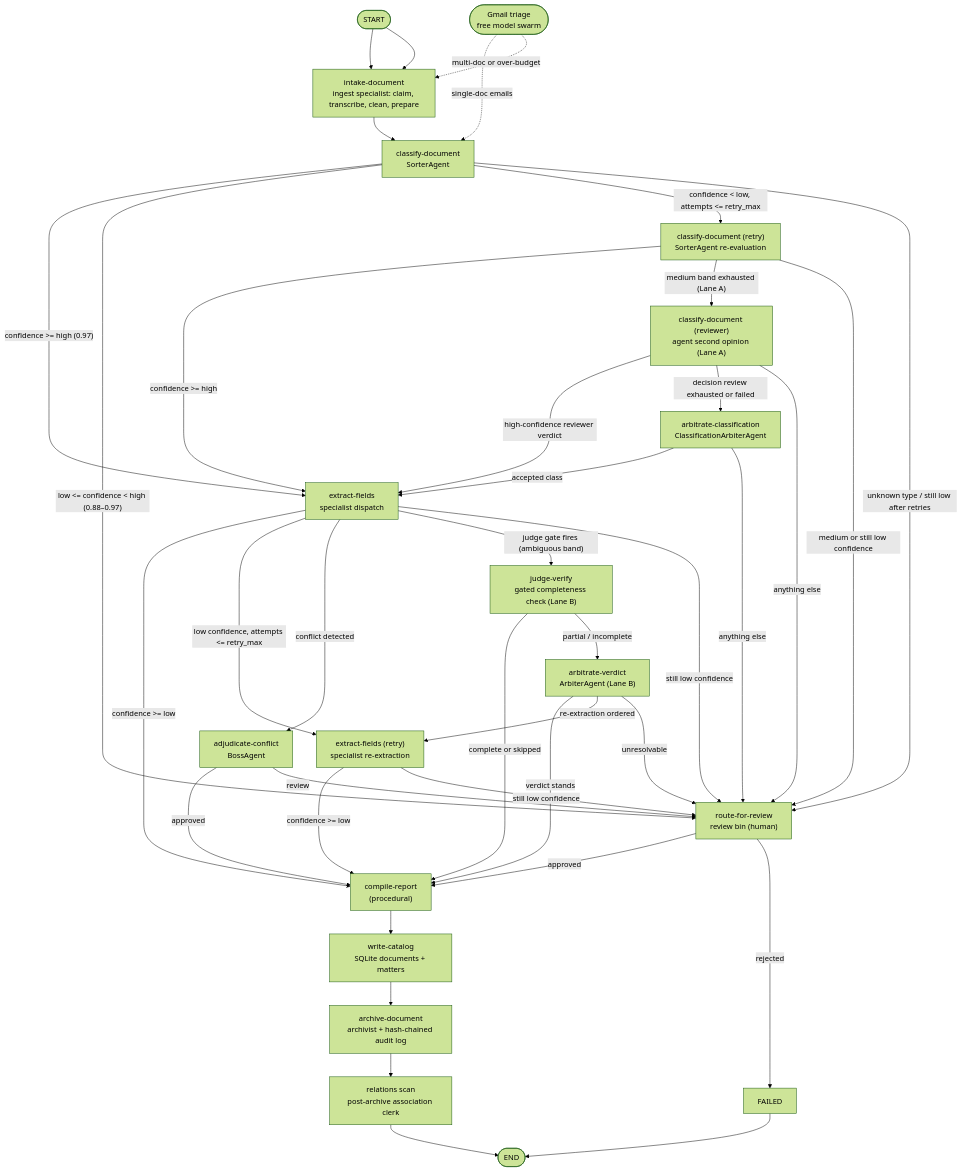
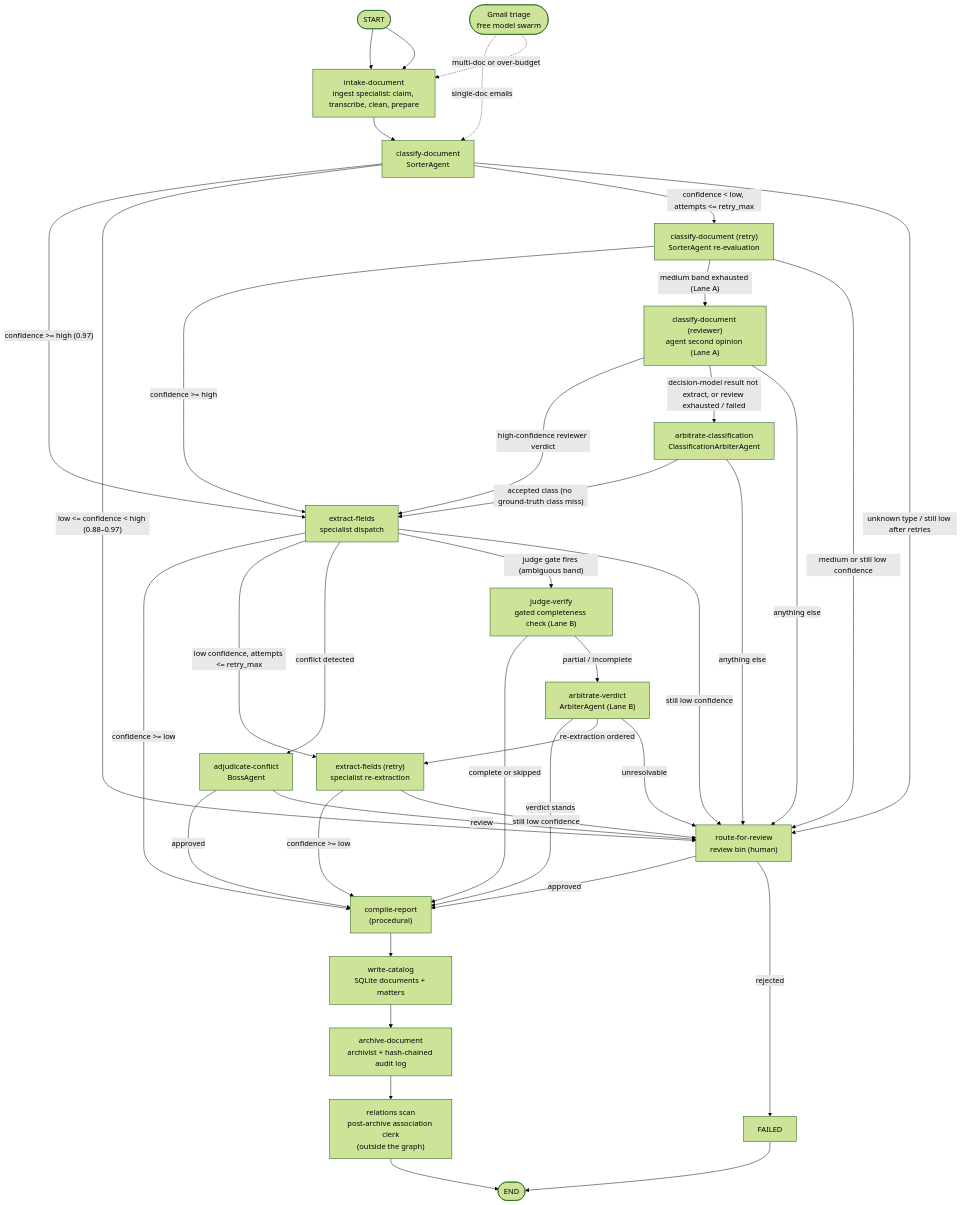
Before and after one commit to Exios66/llm-mailroom: the first of 2 diagrams in README.md, drawn with Mermaid (forest theme). The commit also changed other lines of this file and 17 other files, not shown here.

First line of the commit message:
Address CodeRabbit and CodeAnt review comments on the graph-nodes and throughput PR

````diff
--- a/README.md
+++ b/README.md
@@ -285,61 +285,61 @@
 ```mermaid
 flowchart TD
     START([START]) --> INTAKE
 
     INTAKE["intake-document<br/>ingest specialist: claim, transcribe, clean, prepare"]
     CLASSIFY["classify-document<br/>SorterAgent"]
     RETRY_CLASS["classify-document (retry)<br/>SorterAgent re-evaluation"]
     REVIEW_CLASS["classify-document (reviewer)<br/>agent second opinion (Lane A)"]
     CLASS_ARBITER["arbitrate-classification<br/>ClassificationArbiterAgent"]
     EXTRACT["extract-fields<br/>specialist dispatch"]
     RETRY_EXTRACT["extract-fields (retry)<br/>specialist re-extraction"]
     JUDGE["judge-verify<br/>gated completeness check (Lane B)"]
     ARBITER["arbitrate-verdict<br/>ArbiterAgent (Lane B)"]
     BOSS["adjudicate-conflict<br/>BossAgent"]
     REVIEW["route-for-review<br/>review bin (human)"]
     REPORT["compile-report<br/>(procedural)"]
     CATALOG["write-catalog<br/>SQLite documents + matters"]
     ARCHIVE["archive-document<br/>archivist + hash-chained audit log"]
-    RELATIONS["relations scan<br/>post-archive association clerk"]
+    RELATIONS["relations scan<br/>post-archive association clerk<br/>(outside the graph)"]
     FAILED["FAILED"]
     ENDX([END])
 
     START --> INTAKE
     INTAKE --> CLASSIFY
 
     CLASSIFY -- "confidence >= high (0.97)" --> EXTRACT
     CLASSIFY -- "low <= confidence < high (0.88–0.97)" --> REVIEW
     CLASSIFY -- "confidence < low, attempts <= retry_max" --> RETRY_CLASS
     CLASSIFY -- "unknown type / still low after retries" --> REVIEW
     RETRY_CLASS -- "confidence >= high" --> EXTRACT
     RETRY_CLASS -- "medium band exhausted (Lane A)" --> REVIEW_CLASS
     RETRY_CLASS -- "medium or still low confidence" --> REVIEW
     REVIEW_CLASS -- "high-confidence reviewer verdict" --> EXTRACT
-    REVIEW_CLASS -- "decision review exhausted or failed" --> CLASS_ARBITER
+    REVIEW_CLASS -- "decision-model result not extract, or review exhausted / failed" --> CLASS_ARBITER
     REVIEW_CLASS -- "anything else" --> REVIEW
-    CLASS_ARBITER -- "accepted class" --> EXTRACT
+    CLASS_ARBITER -- "accepted class (no ground-truth class miss)" --> EXTRACT
     CLASS_ARBITER -- "anything else" --> REVIEW
 
     EXTRACT -- "confidence >= low" --> REPORT
     EXTRACT -- "low confidence, attempts <= retry_max" --> RETRY_EXTRACT
     EXTRACT -- "conflict detected" --> BOSS
     EXTRACT -- "judge gate fires (ambiguous band)" --> JUDGE
     EXTRACT -- "still low confidence" --> REVIEW
     RETRY_EXTRACT -- "confidence >= low" --> REPORT
     RETRY_EXTRACT -- "still low confidence" --> REVIEW
 
     JUDGE -- "complete or skipped" --> REPORT
     JUDGE -- "partial / incomplete" --> ARBITER
     ARBITER -- "verdict stands" --> REPORT
     ARBITER -- "re-extraction ordered" --> RETRY_EXTRACT
     ARBITER -- "unresolvable" --> REVIEW
     BOSS -- "approved" --> REPORT
     BOSS -- "review" --> REVIEW
     REVIEW -- "approved" --> REPORT
     REVIEW -- "rejected" --> FAILED --> ENDX
 
     REPORT --> CATALOG --> ARCHIVE --> RELATIONS --> ENDX
 
     GMAIL([Gmail triage<br/>free model swarm]) -.->|single-doc emails| CLASSIFY
     GMAIL -.->|multi-doc or over-budget| INTAKE
 ```
````
